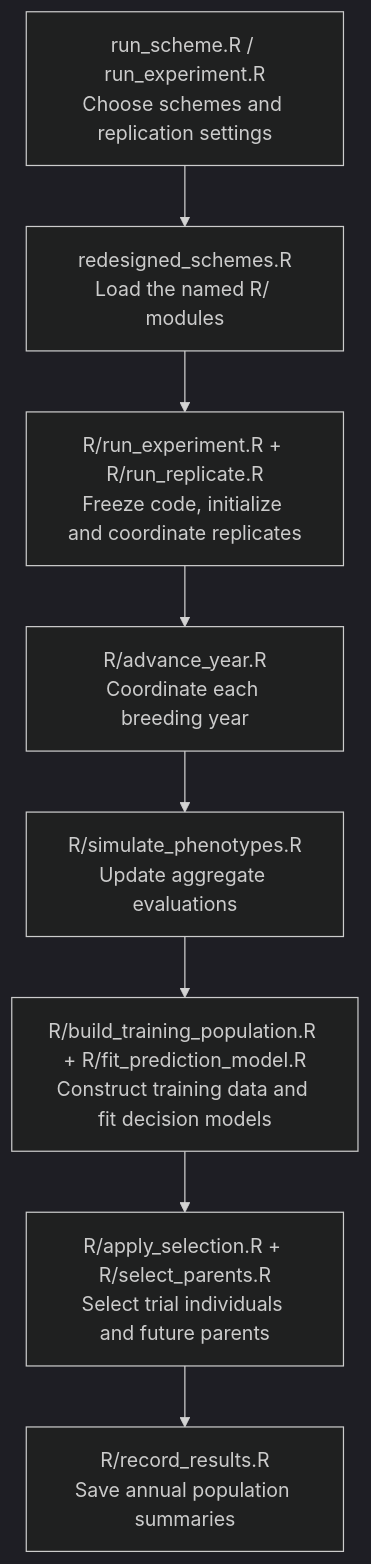
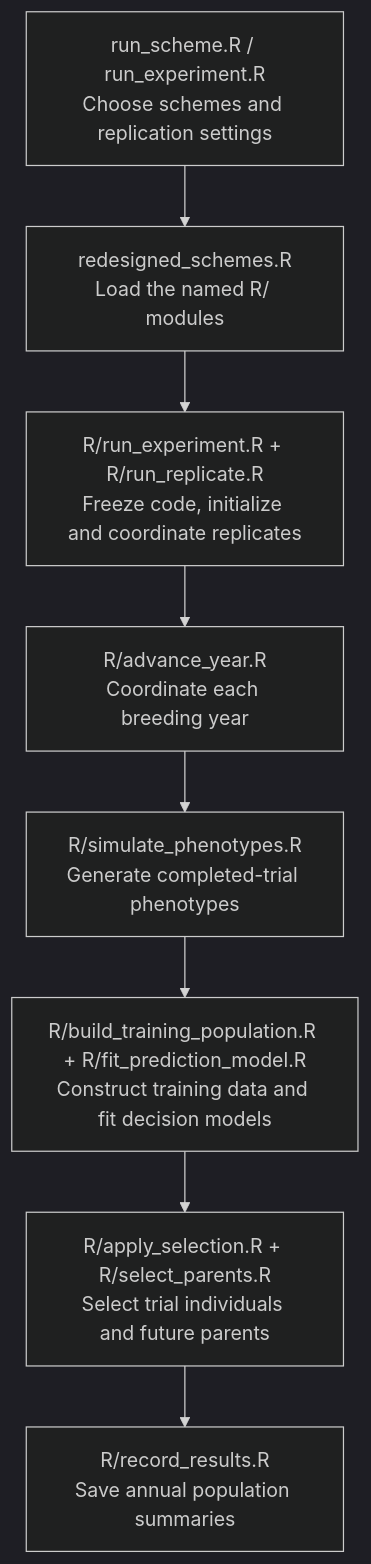
One commit to jorgemasgomez/almondsim changed the diagram in README.md. Above: the diagram before and after it, drawn with Mermaid (dark theme). The commit also changed other lines of this file and 4 other files, not shown here.

````diff
--- a/README.md
+++ b/README.md
@@ -50,10 +50,10 @@
 ```mermaid
 flowchart TD
     Launch["run_scheme.R / run_experiment.R<br/>Choose schemes and replication settings"] --> Load["redesigned_schemes.R<br/>Load the named R/ modules"]
     Load --> Jobs["R/run_experiment.R + R/run_replicate.R<br/>Freeze code, initialize and coordinate replicates"]
     Jobs --> Year["R/advance_year.R<br/>Coordinate each breeding year"]
-    Year --> Evaluate["R/simulate_phenotypes.R<br/>Update aggregate evaluations"]
+    Year --> Evaluate["R/simulate_phenotypes.R<br/>Generate completed-trial phenotypes"]
     Evaluate --> Model["R/build_training_population.R + R/fit_prediction_model.R<br/>Construct training data and fit decision models"]
     Model --> Select["R/apply_selection.R + R/select_parents.R<br/>Select trial individuals and future parents"]
     Select --> Record["R/record_results.R<br/>Save annual population summaries"]
 ```
````
